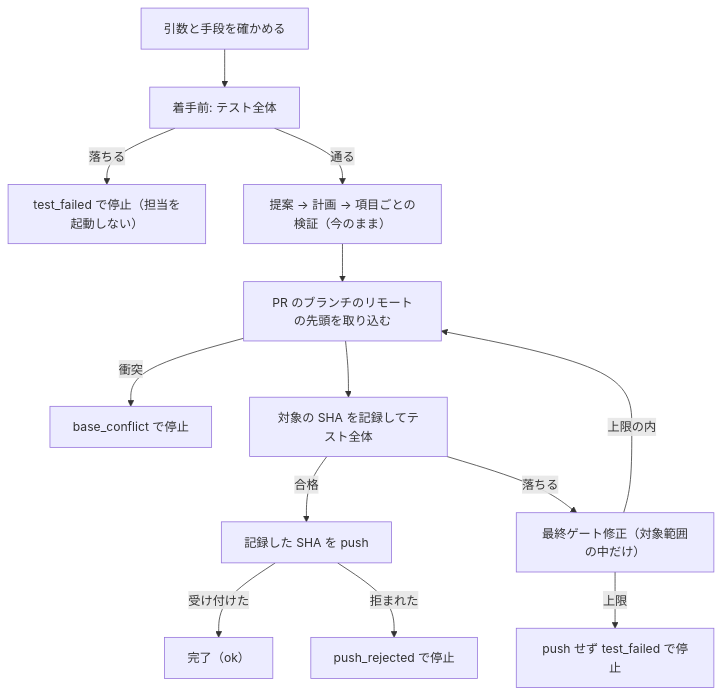
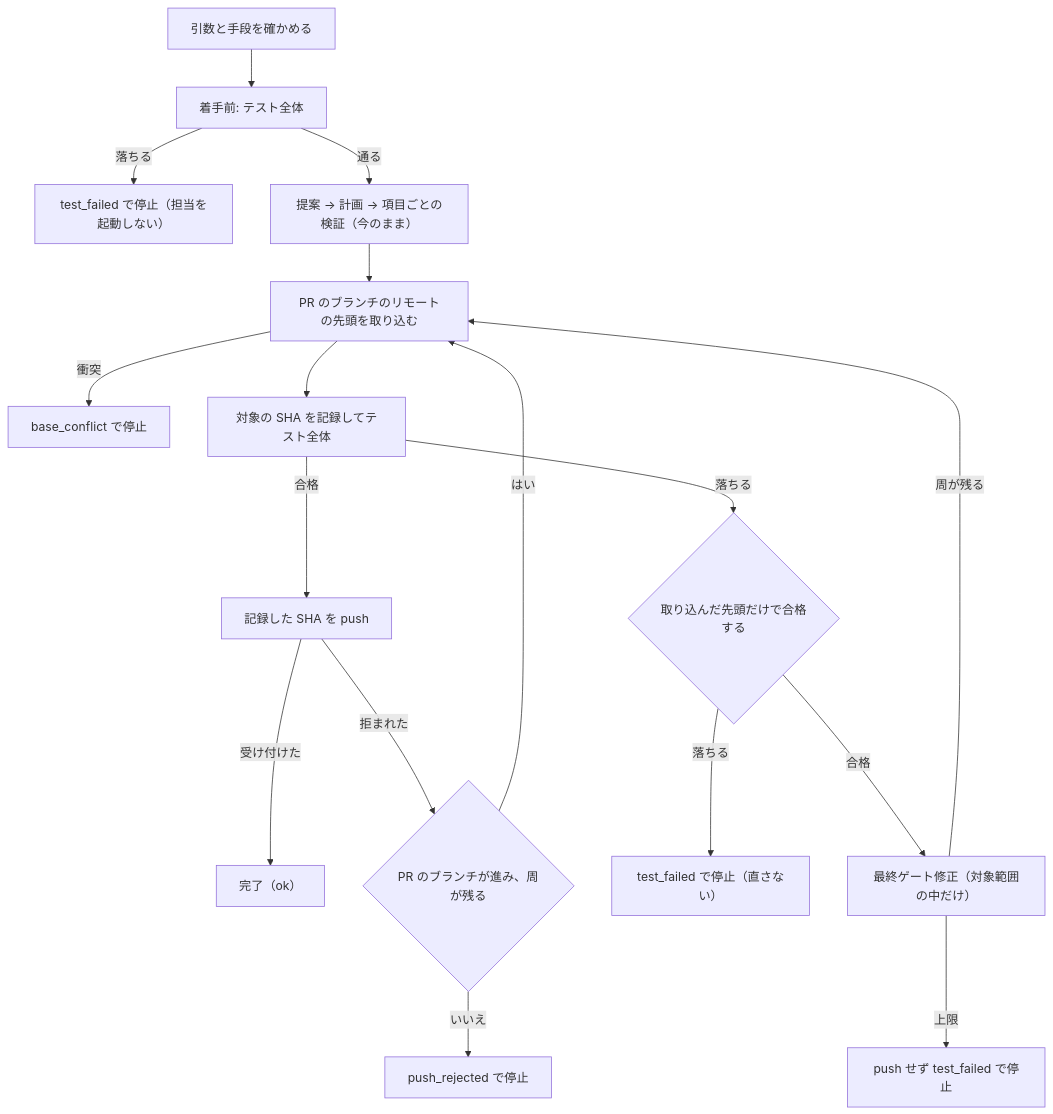
Before and after one commit to devbasex/ai-plugins: the fourth of 4 diagrams in issues/issue-4566-design.md, drawn with Mermaid. The commit also changed other lines of this file and 3 other files, not shown here.

````diff
--- a/issues/issue-4566-design.md
+++ b/issues/issue-4566-design.md
@@ -229,15 +239,19 @@
 ```mermaid
 graph TB
     A["引数と手段を確かめる"] --> B["着手前: テスト全体"]
     B -->|落ちる| X["test_failed で停止（担当を起動しない）"]
     B -->|通る| P["提案 → 計画 → 項目ごとの検証（今のまま）"]
     P --> S["PR のブランチのリモートの先頭を取り込む"]
     S -->|衝突| Z["base_conflict で停止"]
     S --> W["対象の SHA を記録してテスト全体"]
     W -->|合格| U["記録した SHA を push"]
     U -->|受け付けた| O["完了（ok）"]
-    U -->|拒まれた| R["push_rejected で停止"]
-    W -->|落ちる| F["最終ゲート修正（対象範囲の中だけ）"]
-    F -->|上限の内| S
+    U -->|拒まれた| R{"PR のブランチが進み、周が残る"}
+    R -->|はい| S
+    R -->|いいえ| Q["push_rejected で停止"]
+    W -->|落ちる| C{"取り込んだ先頭だけで合格する"}
+    C -->|落ちる| Y0["test_failed で停止（直さない）"]
+    C -->|合格| F["最終ゲート修正（対象範囲の中だけ）"]
+    F -->|周が残る| S
     F -->|上限| Y["push せず test_failed で停止"]
 ```
````
